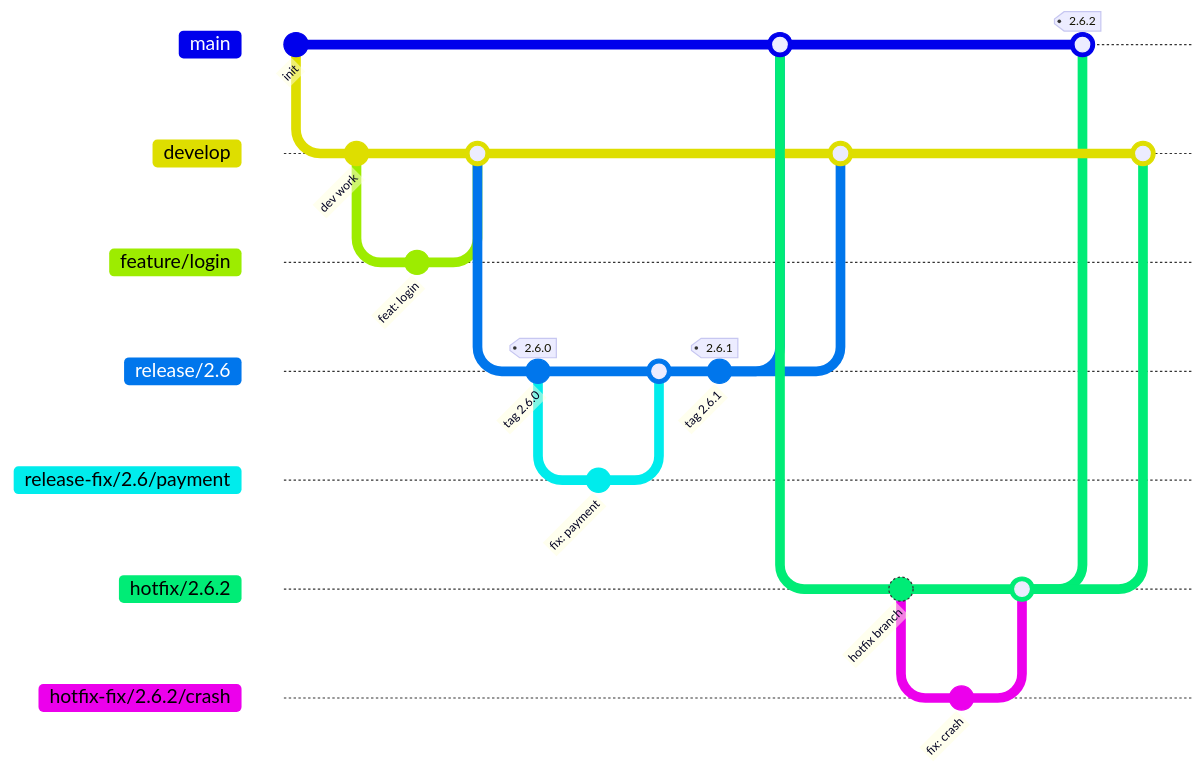
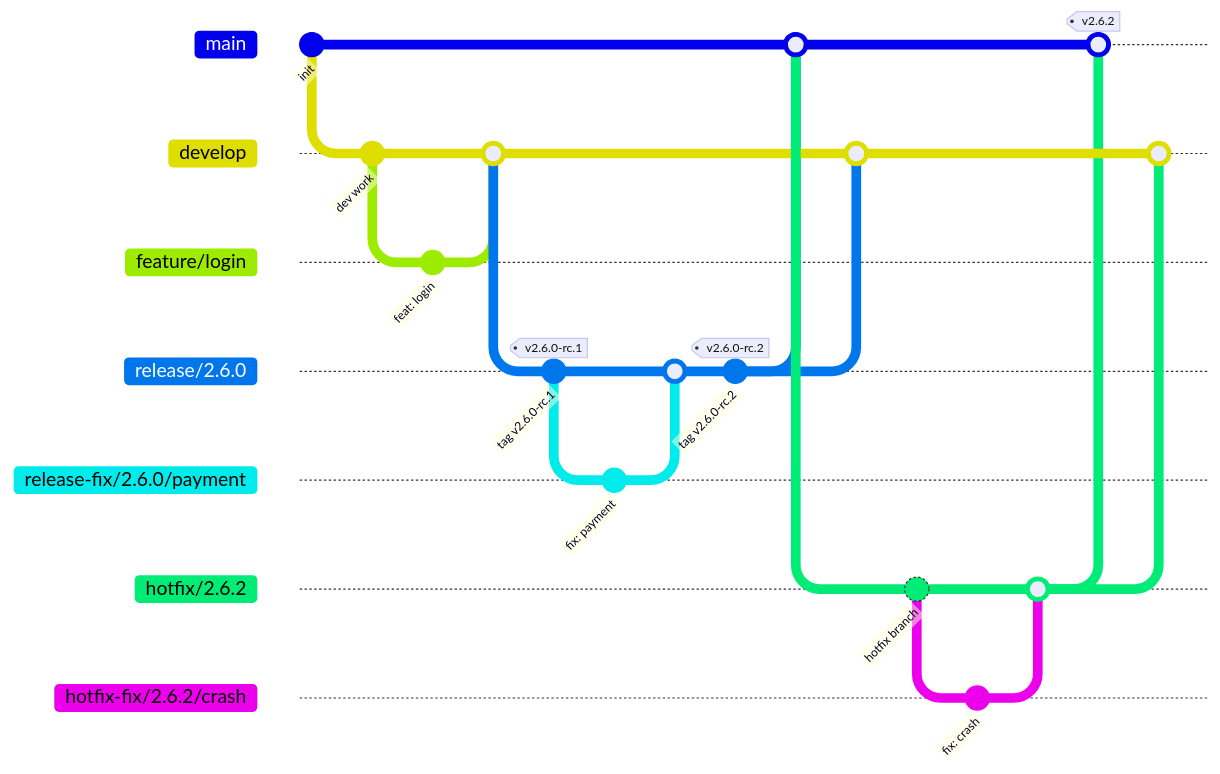
Before and after one commit to middelkampdev/gflow: the first of 6 diagrams in README.md, drawn with Mermaid. The commit also changed other lines of this file and 17 other files, not shown here.

````diff
--- a/README.md
+++ b/README.md
@@ -39,32 +39,32 @@
 ```mermaid
 gitGraph
     commit id: "init"
     branch develop
     commit id: "dev work"
     branch feature/login
     commit id: "feat: login"
     checkout develop
     merge feature/login
-    branch release/2.6
-    commit id: "tag 2.6.0" tag: "2.6.0"
-    branch release-fix/2.6/payment
+    branch release/2.6.0
+    commit id: "tag v2.6.0-rc.1" tag: "v2.6.0-rc.1"
+    branch release-fix/2.6.0/payment
     commit id: "fix: payment"
-    checkout release/2.6
-    merge release-fix/2.6/payment
-    commit id: "tag 2.6.1" tag: "2.6.1"
+    checkout release/2.6.0
+    merge release-fix/2.6.0/payment
+    commit id: "tag v2.6.0-rc.2" tag: "v2.6.0-rc.2"
     checkout main
-    merge release/2.6
+    merge release/2.6.0
     checkout develop
-    merge release/2.6
+    merge release/2.6.0
     checkout main
     branch hotfix/2.6.2
     commit id: "hotfix branch"
     branch hotfix-fix/2.6.2/crash
     commit id: "fix: crash"
     checkout hotfix/2.6.2
     merge hotfix-fix/2.6.2/crash
     checkout main
-    merge hotfix/2.6.2 tag: "2.6.2"
+    merge hotfix/2.6.2 tag: "v2.6.2"
     checkout develop
     merge hotfix/2.6.2
 ```
````
